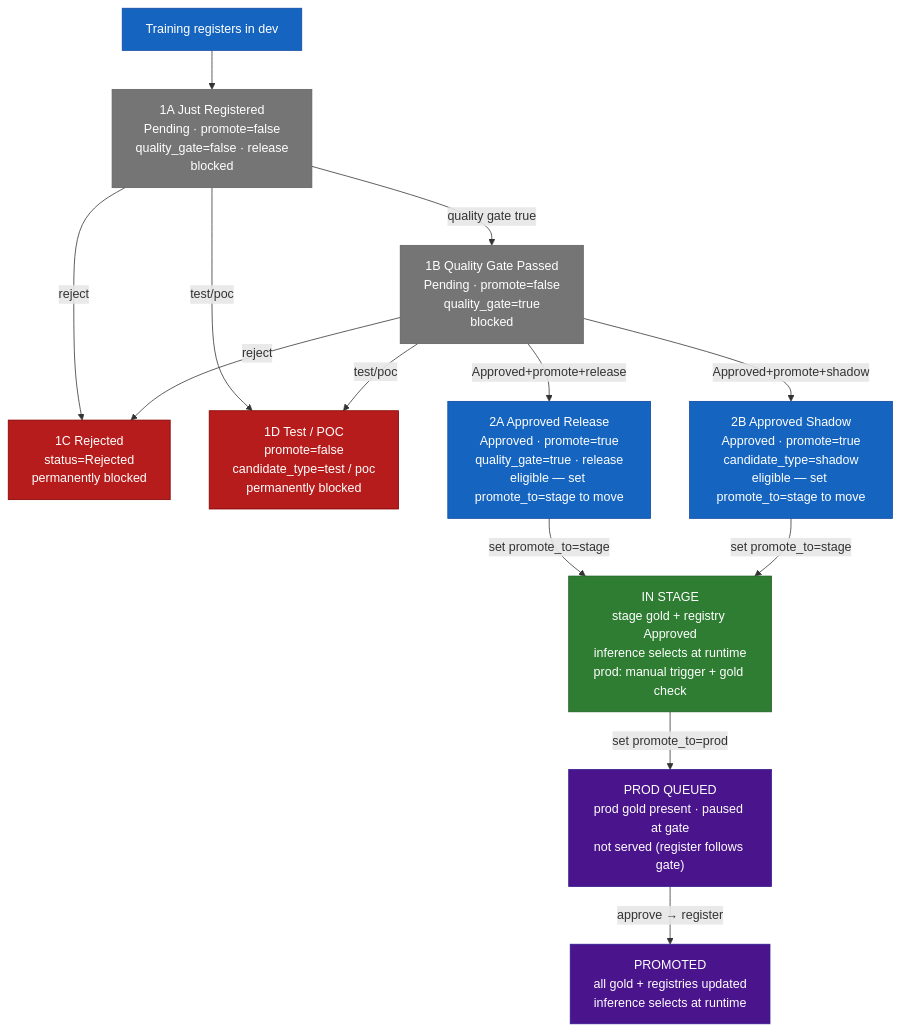
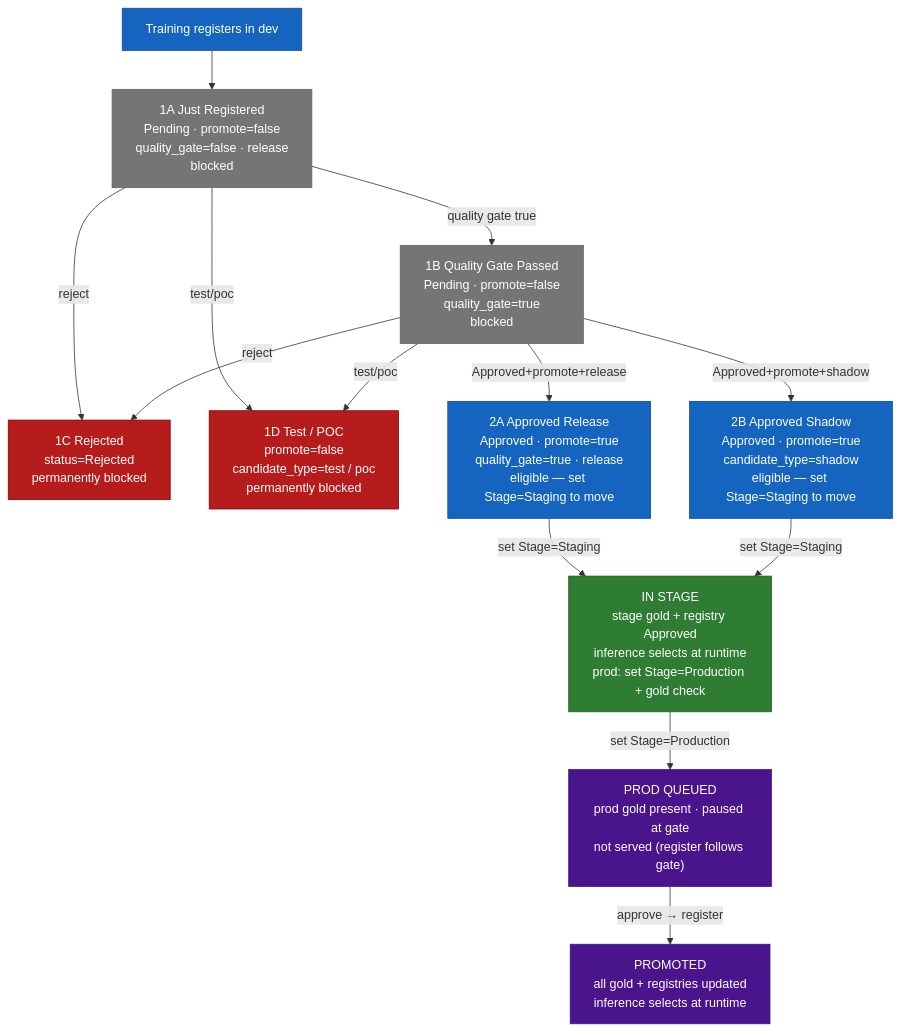
Before and after one commit to schilker/public: the fourth of 6 diagrams in test.md, drawn with Mermaid. The commit also changed other lines of this file, not shown here.

````diff
--- a/test.md
+++ b/test.md
@@ -282,39 +272,39 @@
 ```mermaid
 flowchart TD
     classDef blocked fill:#757575,stroke:#616161,color:#fff
     classDef dead    fill:#b71c1c,stroke:#7f0000,color:#fff
     classDef auto    fill:#1565c0,stroke:#0d47a1,color:#fff
     classDef stage   fill:#2e7d32,stroke:#1b5e20,color:#fff
     classDef prod    fill:#4a148c,stroke:#311b92,color:#fff
 
     TRAIN["Training registers in dev"]
     S1A["1A Just Registered\nPending · promote=false\nquality_gate=false · release\nblocked"]
     S1B["1B Quality Gate Passed\nPending · promote=false\nquality_gate=true\nblocked"]
     S1C["1C Rejected\nstatus=Rejected\npermanently blocked"]
     S1D["1D Test / POC\npromote=false\ncandidate_type=test / poc\npermanently blocked"]
-    S2A["2A Approved Release\nApproved · promote=true\nquality_gate=true · release\neligible — set promote_to=stage to move"]
-    S2B["2B Approved Shadow\nApproved · promote=true\ncandidate_type=shadow\neligible — set promote_to=stage to move"]
-    STAGE["IN STAGE\nstage gold + registry Approved\ninference selects at runtime\nprod: manual trigger + gold check"]
+    S2A["2A Approved Release\nApproved · promote=true\nquality_gate=true · release\neligible — set Stage=Staging to move"]
+    S2B["2B Approved Shadow\nApproved · promote=true\ncandidate_type=shadow\neligible — set Stage=Staging to move"]
+    STAGE["IN STAGE\nstage gold + registry Approved\ninference selects at runtime\nprod: set Stage=Production + gold check"]
     PRODQ["PROD QUEUED\nprod gold present · paused at gate\nnot served (register follows gate)"]
     PROD["PROMOTED\nall gold + registries updated\ninference selects at runtime"]
 
     TRAIN --> S1A
     S1A -->|"quality gate true"| S1B
     S1A -->|"reject"| S1C
     S1A -->|"test/poc"| S1D
     S1B -->|"Approved+promote+release"| S2A
     S1B -->|"Approved+promote+shadow"| S2B
     S1B -->|"reject"| S1C
     S1B -->|"test/poc"| S1D
-    S2A -->|"set promote_to=stage"| STAGE
-    S2B -->|"set promote_to=stage"| STAGE
-    STAGE -->|"set promote_to=prod"| PRODQ
+    S2A -->|"set Stage=Staging"| STAGE
+    S2B -->|"set Stage=Staging"| STAGE
+    STAGE -->|"set Stage=Production"| PRODQ
     PRODQ -->|"approve → register"| PROD
 
     class S1A,S1B blocked
     class S1C,S1D dead
     class S2A,S2B auto
     class STAGE stage
     class PRODQ,PROD prod
     class TRAIN auto
 ```
````
